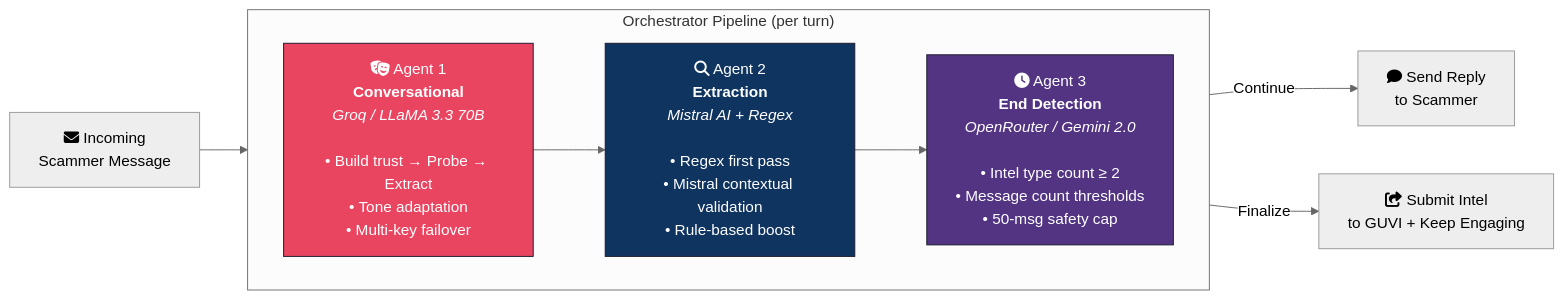
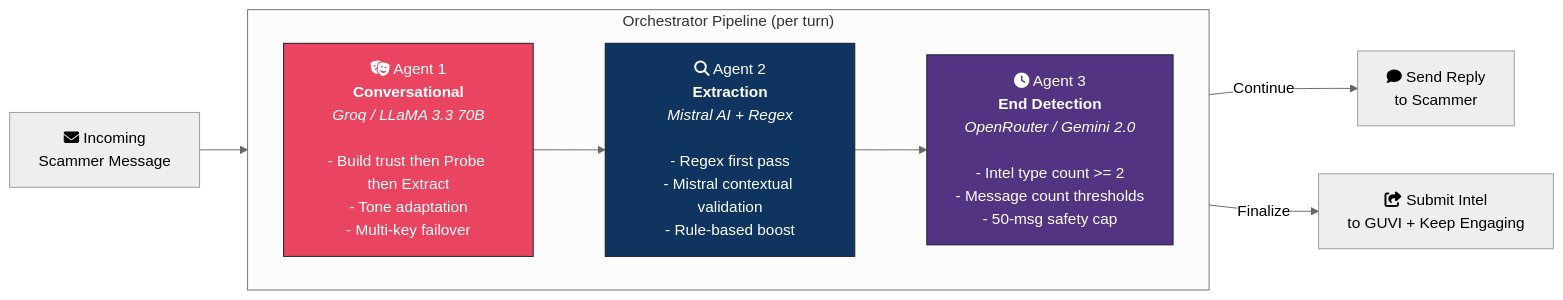
One commit to ShanmugaRamana/Dhurvam changed the third of 3 diagrams in README.md. Above: the diagram before and after it, drawn with Mermaid (neutral theme). The commit also changed other lines of this file, not shown here.

Commit message:
updated Architecture in README

````diff
--- a/README.md
+++ b/README.md
@@ -142,20 +124,20 @@
 ```mermaid
 graph LR
     MSG["fa:fa-envelope Incoming<br/>Scammer Message"] --> A1
 
     subgraph Pipeline["Orchestrator Pipeline (per turn)"]
         direction LR
-        A1["fa:fa-theater-masks Agent 1<br/><b>Conversational</b><br/><i>Groq / LLaMA 3.3 70B</i><br/><br/>• Build trust → Probe → Extract<br/>• Tone adaptation<br/>• Multi-key failover"]
-        A2["fa:fa-search Agent 2<br/><b>Extraction</b><br/><i>Mistral AI + Regex</i><br/><br/>• Regex first pass<br/>• Mistral contextual validation<br/>• Rule-based boost"]
-        A3["fa:fa-clock Agent 3<br/><b>End Detection</b><br/><i>OpenRouter / Gemini 2.0</i><br/><br/>• Intel type count ≥ 2<br/>• Message count thresholds<br/>• 50-msg safety cap"]
+        A1["fa:fa-theater-masks Agent 1<br/><b>Conversational</b><br/><i>Groq / LLaMA 3.3 70B</i><br/><br/>- Build trust then Probe then Extract<br/>- Tone adaptation<br/>- Multi-key failover"]
+        A2["fa:fa-search Agent 2<br/><b>Extraction</b><br/><i>Mistral AI + Regex</i><br/><br/>- Regex first pass<br/>- Mistral contextual validation<br/>- Rule-based boost"]
+        A3["fa:fa-clock Agent 3<br/><b>End Detection</b><br/><i>OpenRouter / Gemini 2.0</i><br/><br/>- Intel type count >= 2<br/>- Message count thresholds<br/>- 50-msg safety cap"]
     end
 
     A1 --> A2 --> A3
 
     A3 -- "Continue" --> REPLY["fa:fa-comment Send Reply<br/>to Scammer"]
     A3 -- "Finalize" --> SUBMIT["fa:fa-share-square Submit Intel<br/>to GUVI + Keep Engaging"]
 
     style A1 fill:#e94560,stroke:#1a1a2e,color:#fff
     style A2 fill:#0f3460,stroke:#1a1a2e,color:#fff
     style A3 fill:#533483,stroke:#1a1a2e,color:#fff
 ```
````
